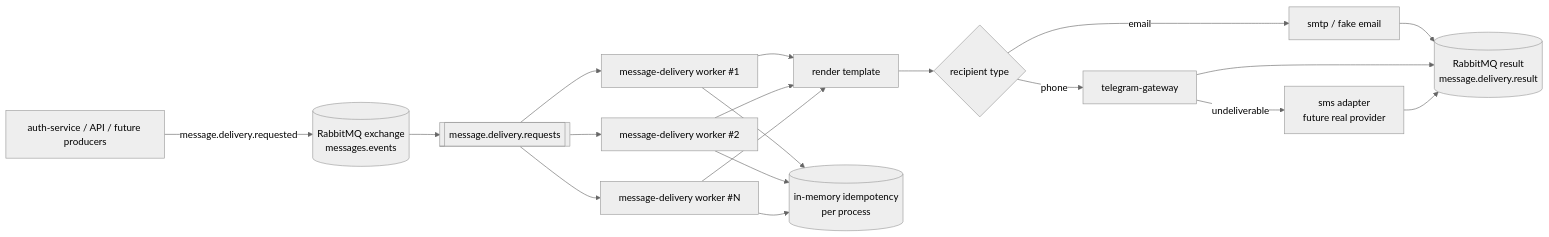
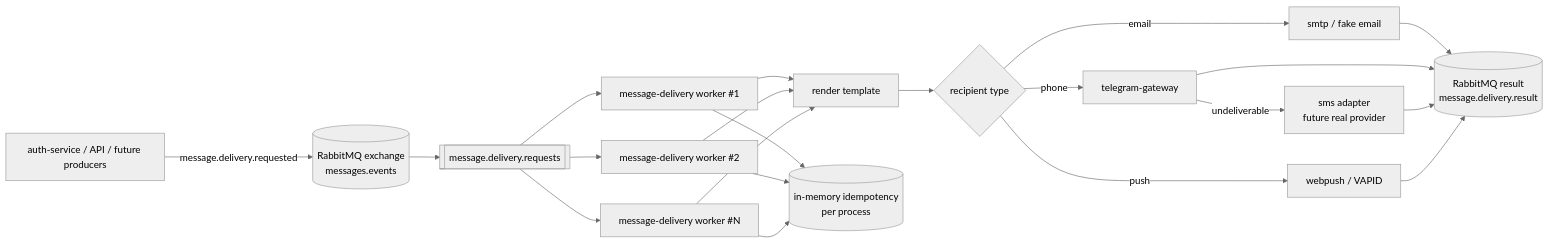
Before and after one commit to darkrain/message-delivery: the diagram in README.md, drawn with Mermaid (neutral theme). The commit also changed other lines of this file and 12 other files, not shown here.

Commit message:
feat(push): deliver browser notifications with VAPID

````diff
--- a/README.md
+++ b/README.md
@@ -58,25 +58,27 @@
 ```mermaid
 flowchart LR
     A[auth-service / API / future producers] -->|message.delivery.requested| B[(RabbitMQ exchange<br/>messages.events)]
     B --> C[[message.delivery.requests]]
     C --> D1[message-delivery worker #1]
     C --> D2[message-delivery worker #2]
     C --> D3[message-delivery worker #N]
 
     D1 --> E[render template]
     D2 --> E
     D3 --> E
     E --> F{recipient type}
 
     F -->|email| G[smtp / fake email]
     F -->|phone| H[telegram-gateway]
+	F -->|push| L[webpush / VAPID]
     H -->|undeliverable| I[sms adapter<br/>future real provider]
 
     G --> J[(RabbitMQ result<br/>message.delivery.result)]
     H --> J
     I --> J
+	L --> J
 
     D1 --> K[(in-memory idempotency<br/>per process)]
     D2 --> K
     D3 --> K
 ```
````
